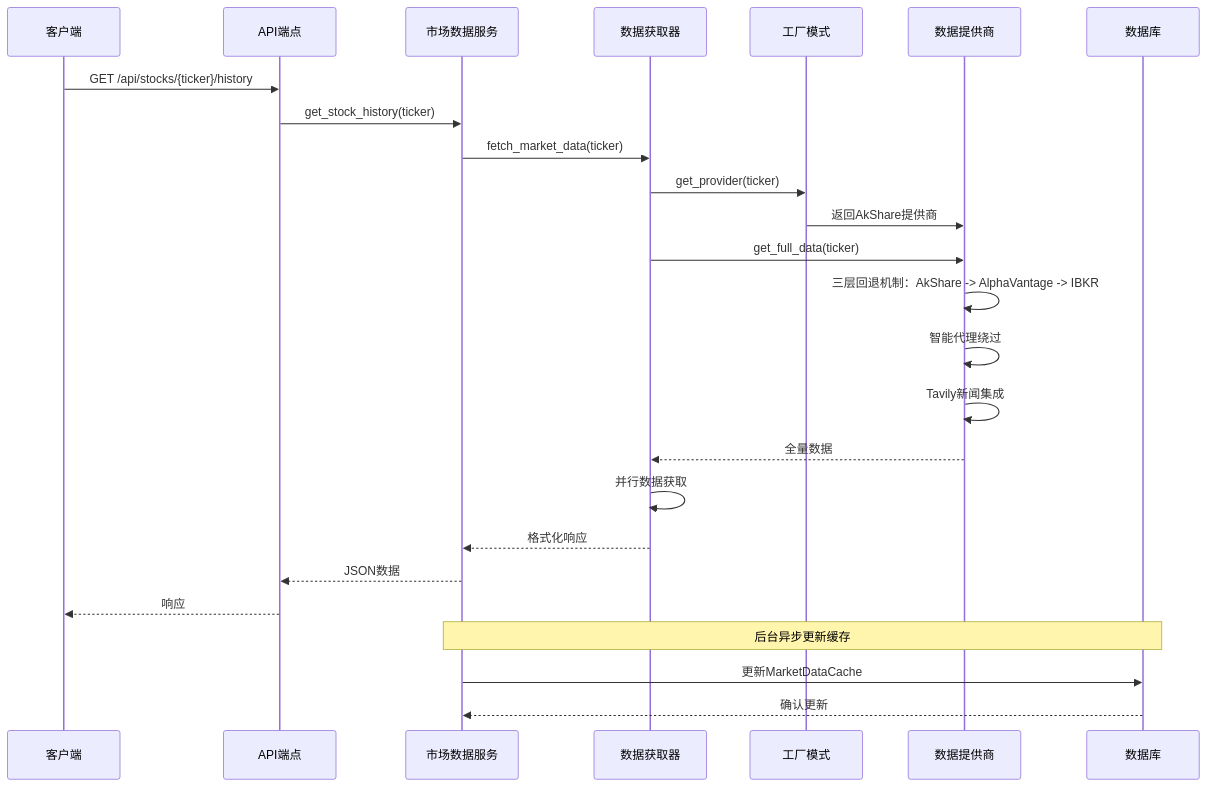
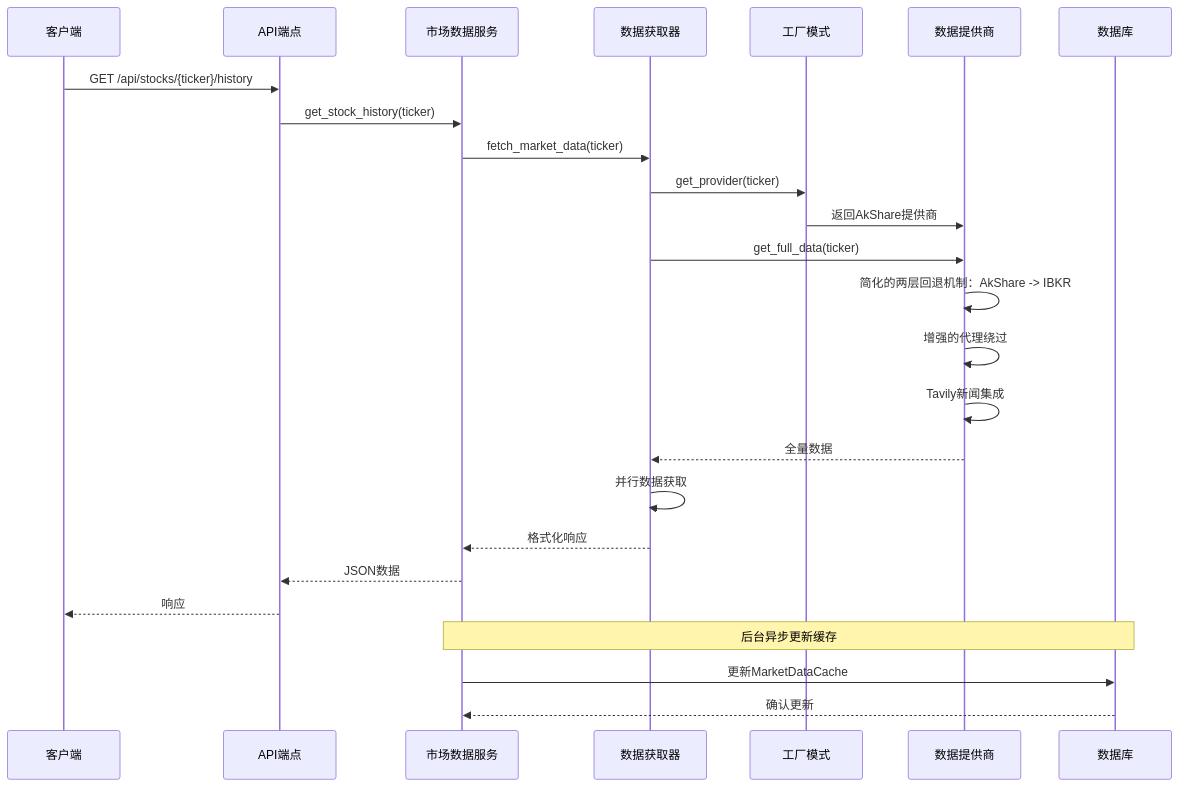
The fourth of 19 diagrams in .qoder/repowiki/zh/content/后端开发指南/业务服务实现/市场数据提供商架构.md (breeze-lyf/ai-stock-advisor), drawn with Mermaid before and after one commit. The commit also changed other lines of this file and 122 other files, not shown here.

````diff
--- a/.qoder/repowiki/zh/content/后端开发指南/业务服务实现/市场数据提供商架构.md
+++ b/.qoder/repowiki/zh/content/后端开发指南/业务服务实现/市场数据提供商架构.md
@@ -291,27 +280,27 @@
 ```mermaid
 sequenceDiagram
 participant Client as 客户端
 participant API as API端点
 participant Service as 市场数据服务
 participant Fetcher as 数据获取器
 participant Factory as 工厂模式
 participant Provider as 数据提供商
 participant DB as 数据库
 Client->>API : GET /api/stocks/{ticker}/history
 API->>Service : get_stock_history(ticker)
 Service->>Fetcher : fetch_market_data(ticker)
 Fetcher->>Factory : get_provider(ticker)
 Factory->>Provider : 返回AkShare提供商
 Fetcher->>Provider : get_full_data(ticker)
-Provider->>Provider : 三层回退机制：AkShare -> AlphaVantage -> IBKR
-Provider->>Provider : 智能代理绕过
+Provider->>Provider : 简化的两层回退机制：AkShare -> IBKR
+Provider->>Provider : 增强的代理绕过
 Provider->>Provider : Tavily新闻集成
 Provider-->>Fetcher : 全量数据
 Fetcher->>Fetcher : 并行数据获取
 Fetcher-->>Service : 格式化响应
 Service-->>API : JSON数据
 API-->>Client : 响应
 Note over Service,DB : 后台异步更新缓存
 Service->>DB : 更新MarketDataCache
 DB-->>Service : 确认更新
 ```
````
